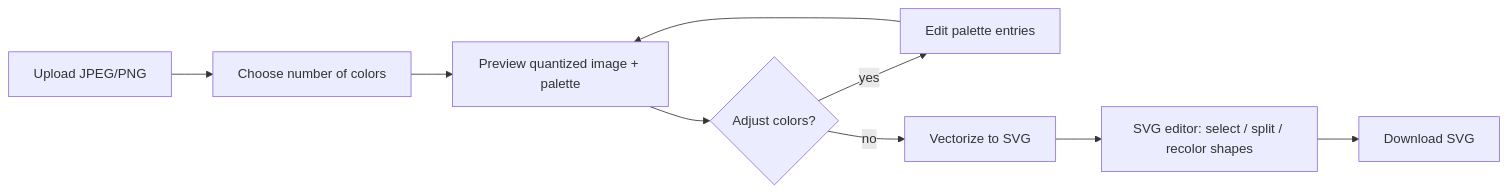
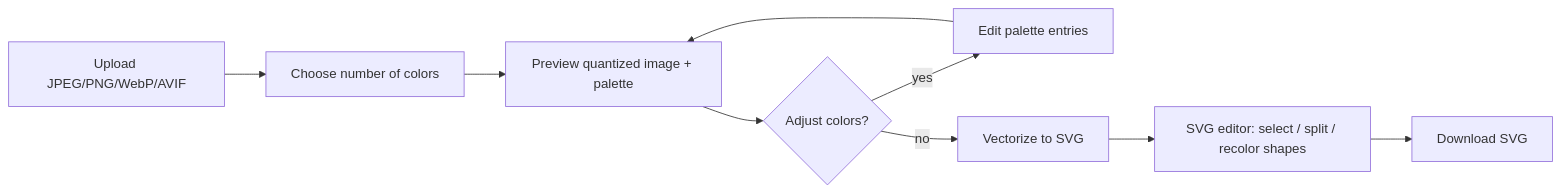
Before and after one commit to KDubicki/vector-snap: the diagram in docs/01-overview.md, drawn with Mermaid. The commit also changed other lines of this file and 11 other files, not shown here.

````diff
--- a/docs/01-overview.md
+++ b/docs/01-overview.md
@@ -31,10 +31,10 @@
 ```mermaid
 flowchart LR
-    A[Upload JPEG/PNG] --> B[Choose number of colors]
+    A[Upload JPEG/PNG/WebP/AVIF] --> B[Choose number of colors]
     B --> C[Preview quantized image + palette]
     C --> D{Adjust colors?}
     D -- yes --> E[Edit palette entries] --> C
     D -- no --> F[Vectorize to SVG]
     F --> G[SVG editor: select / split / recolor shapes]
     G --> H[Download SVG]
 ```
````
